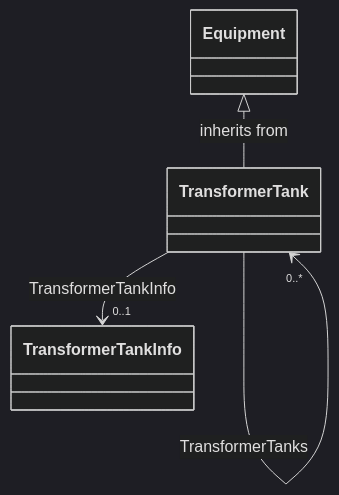
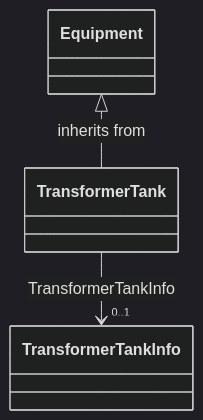
The sixth of 14 diagrams in cimgraph/data_profile/cim18gmdm/asset/Asset.rdfs-t2b.md (PNNL-CIM-Tools/CIM-Graph), drawn with Mermaid (dark theme) before and after one commit. The commit also changed other lines of this file, not shown here.

````diff
--- a/cimgraph/data_profile/cim18gmdm/asset/Asset.rdfs-t2b.md
+++ b/cimgraph/data_profile/cim18gmdm/asset/Asset.rdfs-t2b.md
@@ -319,8 +303,7 @@
 ```mermaid
 classDiagram
 class TransformerTank{
 }
 Equipment <|-- TransformerTank : inherits from
 TransformerTank --> "0..1" TransformerTankInfo : TransformerTankInfo
-TransformerTank --> "0..*" TransformerTank : TransformerTanks
 ```
````
